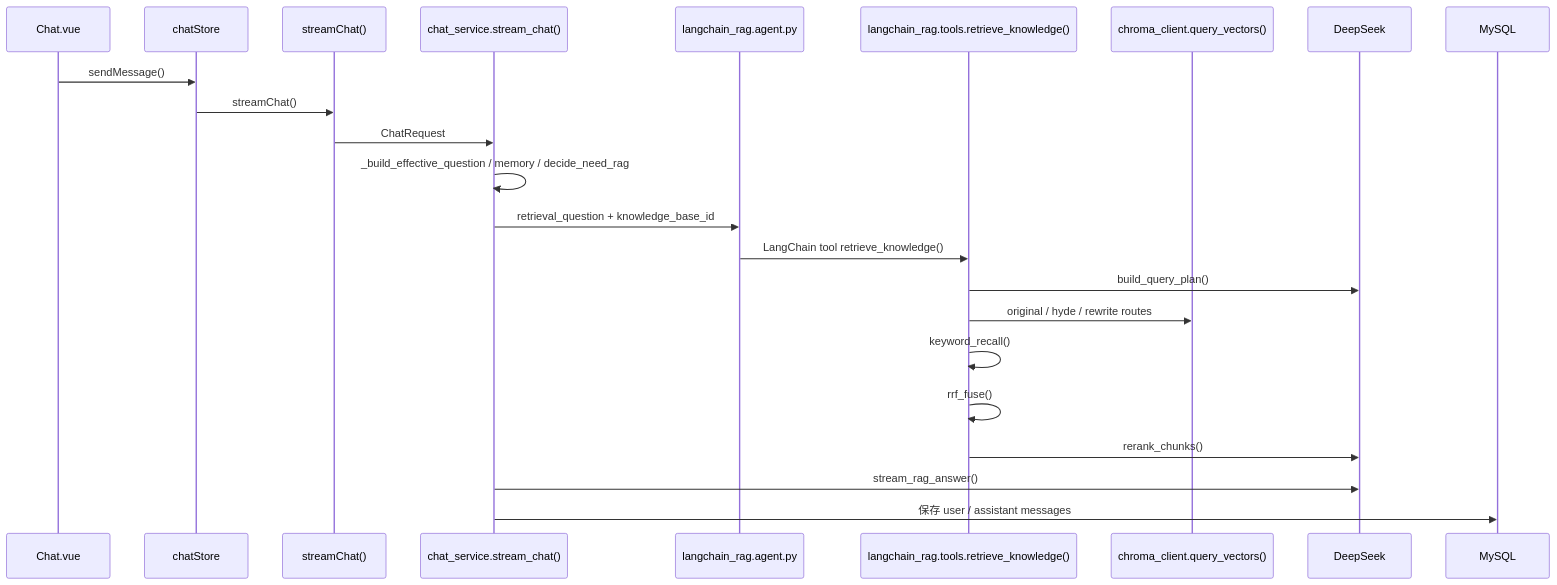
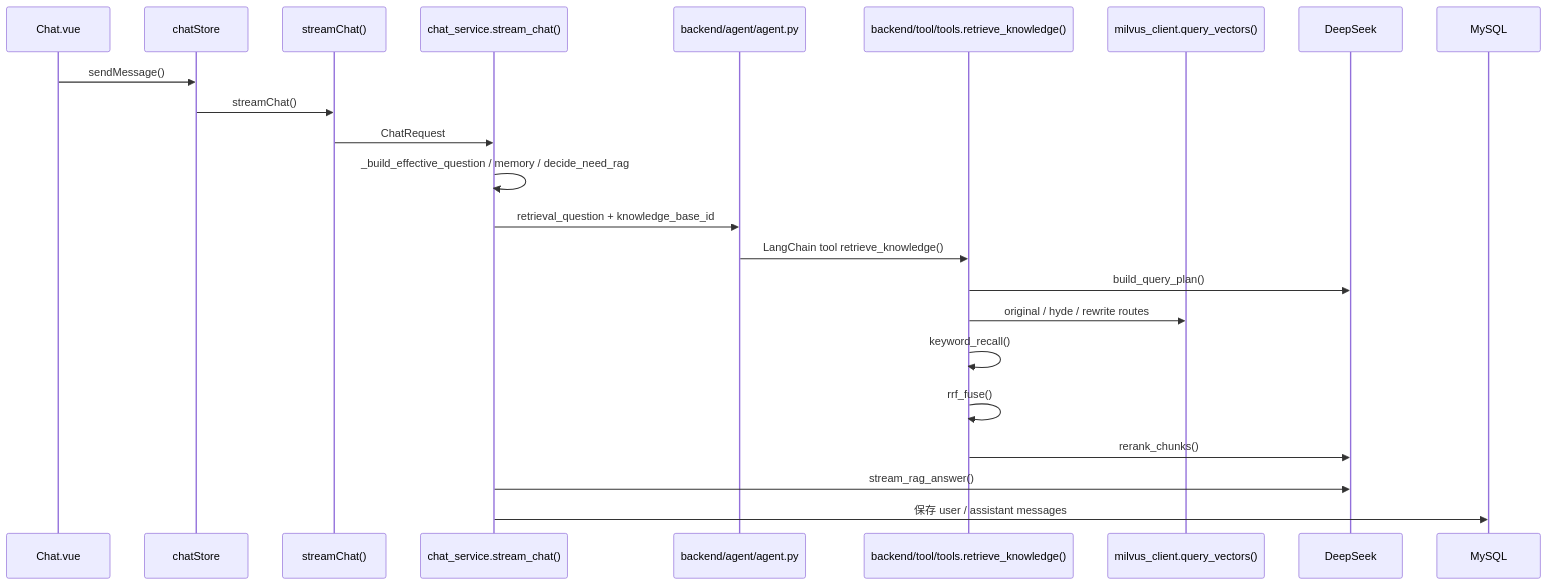
Before and after one commit to baiye-banned/Agent_about_answer: the eighth of 10 diagrams in docs/PROJECT_CODE_READING_ROADMAP.md, drawn with Mermaid. The commit also changed other lines of this file and 83 other files, not shown here.

````diff
--- a/docs/PROJECT_CODE_READING_ROADMAP.md
+++ b/docs/PROJECT_CODE_READING_ROADMAP.md
@@ -497,26 +496,26 @@
 ```mermaid
 sequenceDiagram
   participant C as Chat.vue
   participant Store as chatStore
   participant API as streamChat()
   participant B as chat_service.stream_chat()
-  participant A as langchain_rag.agent.py
-  participant R as langchain_rag.tools.retrieve_knowledge()
-  participant V as chroma_client.query_vectors()
+  participant A as backend/agent/agent.py
+  participant R as backend/tool/tools.retrieve_knowledge()
+  participant V as milvus_client.query_vectors()
   participant L as DeepSeek
   participant DB as MySQL
 
   C->>Store: sendMessage()
   Store->>API: streamChat()
   API->>B: ChatRequest
   B->>B: _build_effective_question / memory / decide_need_rag
   B->>A: retrieval_question + knowledge_base_id
   A->>R: LangChain tool retrieve_knowledge()
   R->>L: build_query_plan()
   R->>V: original / hyde / rewrite routes
   R->>R: keyword_recall()
   R->>R: rrf_fuse()
   R->>L: rerank_chunks()
   B->>L: stream_rag_answer()
   B->>DB: 保存 user / assistant messages
 ```
````
